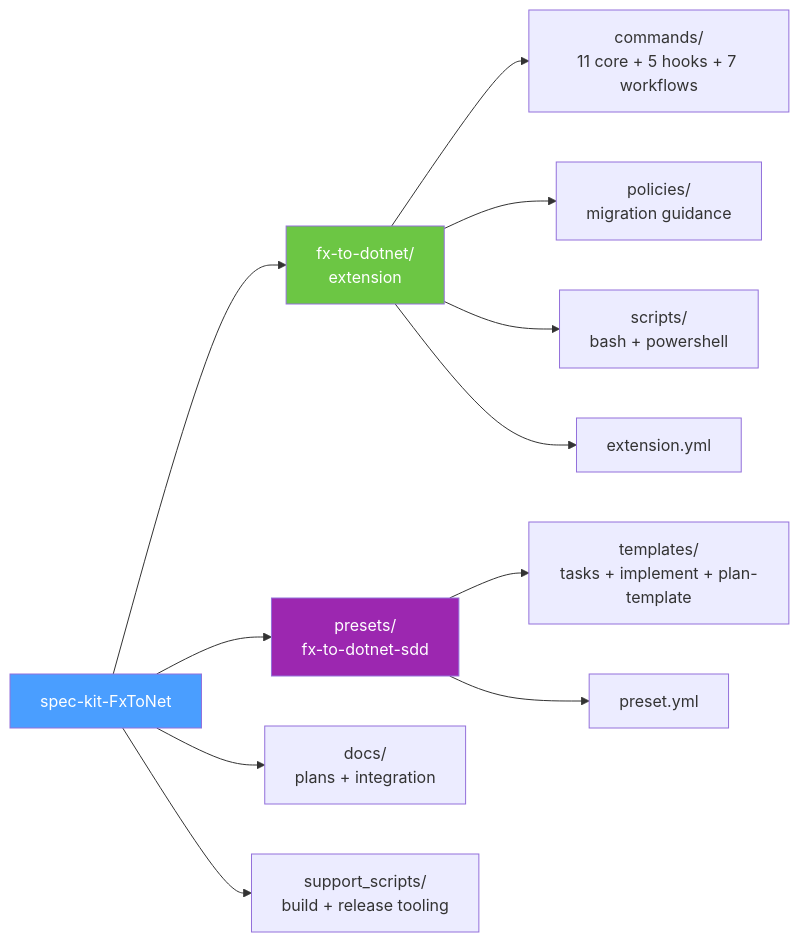
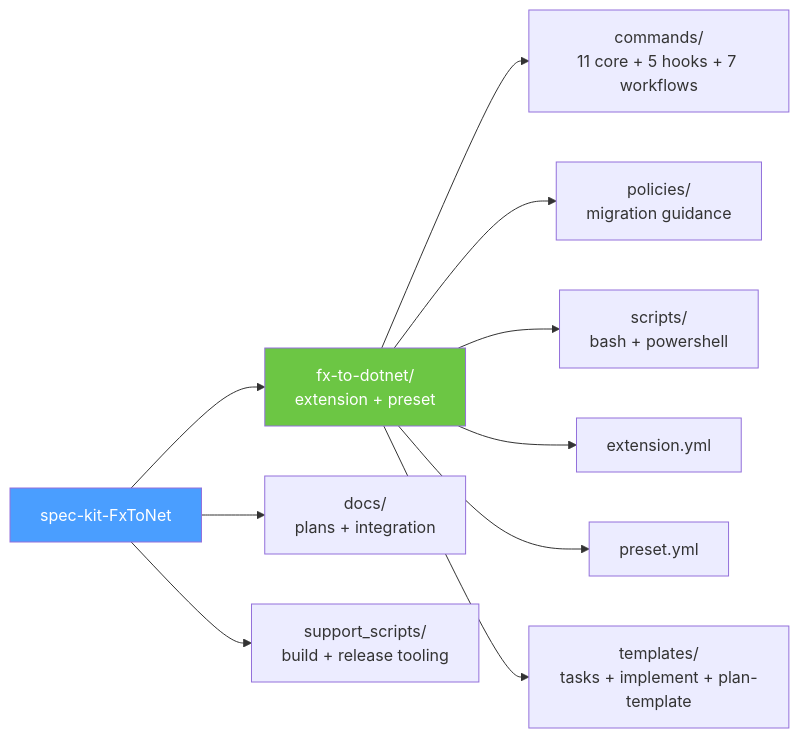
The first of 5 diagrams in README.md (RogerBestMsft/spec-kit-FxToNet), drawn with Mermaid before and after one commit. The commit also changed other lines of this file and 19 other files, not shown here.

Commit message:
move presets under extension

````diff
--- a/README.md
+++ b/README.md
@@ -14,20 +14,17 @@
 ```mermaid
 graph LR
     Root[spec-kit-FxToNet]
-    Root --> Ext[fx-to-dotnet/<br/>extension]
-    Root --> Pre[presets/<br/>fx-to-dotnet-sdd]
+    Root --> Ext[fx-to-dotnet/<br/>extension + preset]
     Root --> Docs[docs/<br/>plans + integration]
     Root --> Sup[support_scripts/<br/>build + release tooling]
 
     Ext --> Cmds[commands/<br/>11 core + 5 hooks + 7 workflows]
     Ext --> Pol[policies/<br/>migration guidance]
     Ext --> Scr[scripts/<br/>bash + powershell]
     Ext --> Manifest[extension.yml]
-
-    Pre --> Tpl[templates/<br/>tasks + implement + plan-template]
-    Pre --> PreManifest[preset.yml]
+    Ext --> PreManifest[preset.yml]
+    Ext --> Tpl[templates/<br/>tasks + implement + plan-template]
 
     style Root fill:#4a9eff,color:#fff
     style Ext fill:#6cc644,color:#fff
-    style Pre fill:#9c27b0,color:#fff
 ```
````
